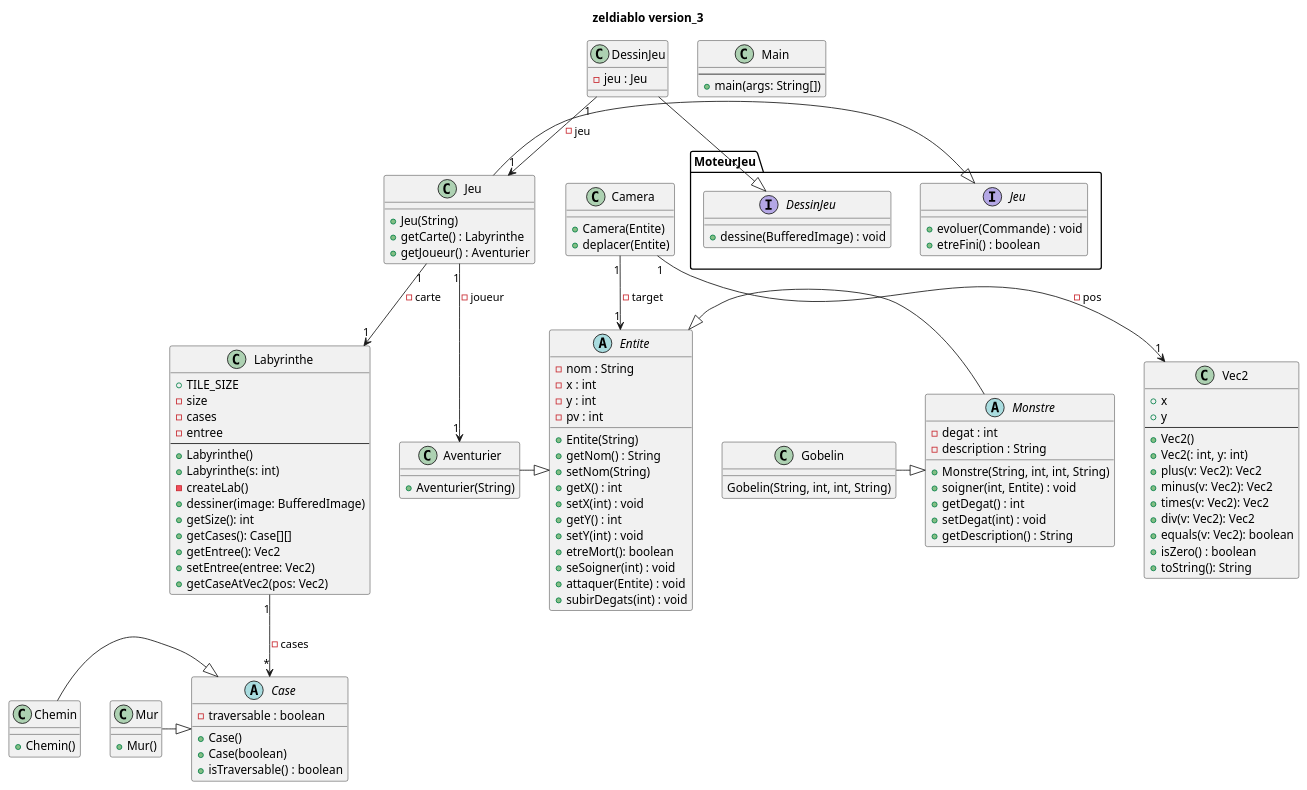
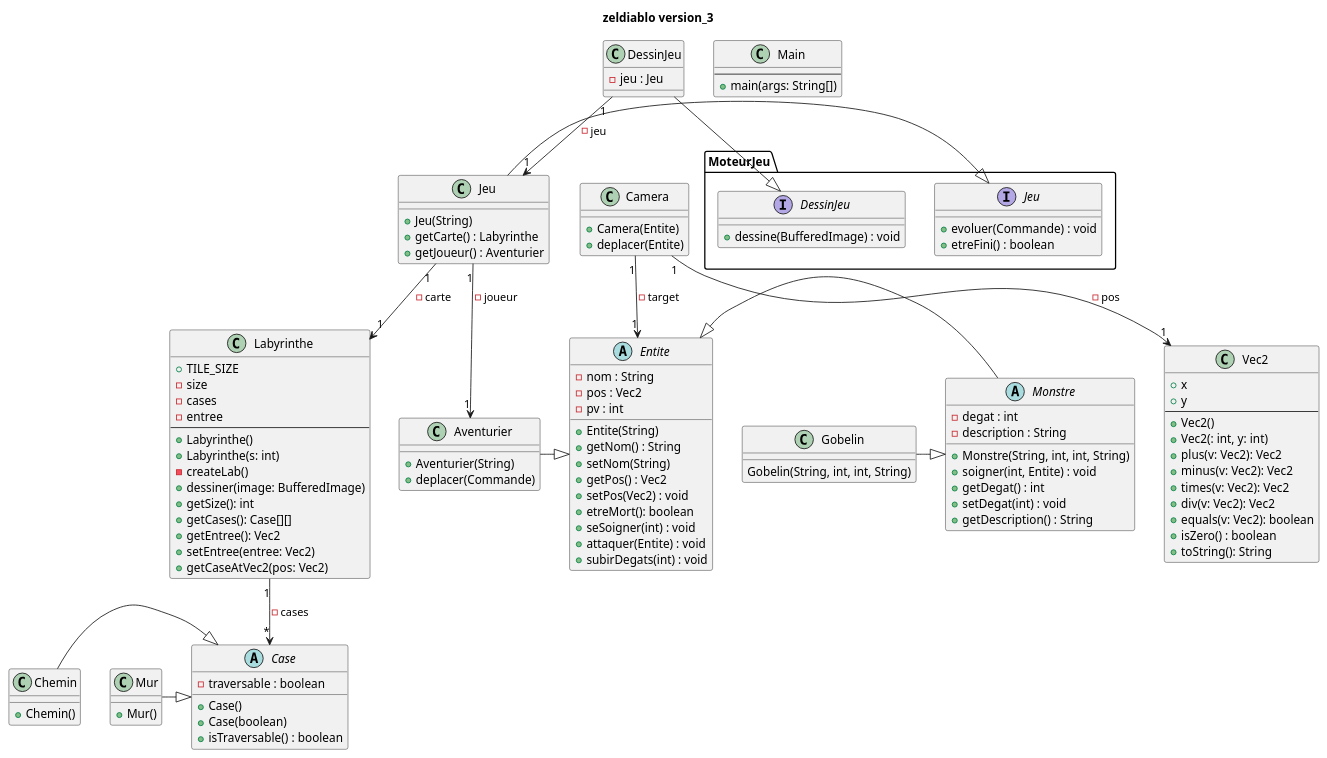
The diagram in documents/version_3/diagramme_classe_version_3.puml (toxicbloud/Zeldiablo), drawn with PlantUML before and after one commit.

```diff
--- a/documents/version_3/diagramme_classe_version_3.puml
+++ b/documents/version_3/diagramme_classe_version_3.puml
@@ -1,141 +1,139 @@
 @startuml
 title zeldiablo version_3
 
 class Jeu{
 
     + Jeu(String)
     + getCarte() : Labyrinthe
     + getJoueur() : Aventurier
 }
 
 abstract class Case{
     - traversable : boolean
     + Case()
     + Case(boolean)
     + isTraversable() : boolean
 }
 
 class Chemin{
 
     + Chemin()
 }
 
 class Mur{
 
     + Mur()
 }
 
 class Labyrinthe {
     + TILE_SIZE
     - size
     - cases
     - entree
     --
     + Labyrinthe()
     + Labyrinthe(s: int)
     - createLab()
     + dessiner(image: BufferedImage)
     + getSize(): int
     + getCases(): Case[][]
     + getEntree(): Vec2
     + setEntree(entree: Vec2)
     + getCaseAtVec2(pos: Vec2)
 }
 
 class Vec2 {
     + x
     + y
     --
     + Vec2()
     + Vec2(: int, y: int)
     + plus(v: Vec2): Vec2
     + minus(v: Vec2): Vec2
     + times(v: Vec2): Vec2
     + div(v: Vec2): Vec2
     + equals(v: Vec2): boolean
     + isZero() : boolean
     + toString(): String
 }
 
 
 
 abstract class Entite{
 
     - nom : String
-    - x : int
-    - y : int
+    - pos : Vec2
     - pv : int
 
     + Entite(String)
     + getNom() : String
     + setNom(String)
-    + getX() : int
-    + setX(int) : void
-    + getY() : int
-    + setY(int) : void
+    + getPos() : Vec2
+    + setPos(Vec2) : void
     + etreMort(): boolean
     + seSoigner(int) : void
     + attaquer(Entite) : void
     + subirDegats(int) : void
 
 }
 
 abstract Monstre{
     - degat : int
     - description : String
 
     + Monstre(String, int, int, String)
     + soigner(int, Entite) : void
     + getDegat() : int
     + setDegat(int) : void
     + getDescription() : String
 }
 
 class Gobelin{
 
     Gobelin(String, int, int, String)
 }
 
 class Aventurier{
     + Aventurier(String)
+    + deplacer(Commande)
 }
 
 class DessinJeu{
     - jeu : Jeu
 }
 
 class Main{
     --
     + main(args: String[])
 }
 
 interface MoteurJeu.DessinJeu{
     + dessine(BufferedImage) : void
 }
 
 interface MoteurJeu.Jeu{
     + evoluer(Commande) : void
     + etreFini() : boolean
 }
 
 
 class Camera {
     + Camera(Entite)
     + deplacer(Entite)
 }
 
 
 Labyrinthe "1" --> "*" Case : - cases
 Chemin -|> Case
 Mur -|> Case
 Jeu -|> MoteurJeu.Jeu
 DessinJeu -|> MoteurJeu.DessinJeu
 Aventurier -|> Entite
 Monstre -|> Entite
 Gobelin -|> Monstre
 Jeu "1" --> "1" Labyrinthe : - carte
 Jeu "1" --> "1" Aventurier : - joueur
 DessinJeu "1" --> "1" Jeu : - jeu
 Camera "1" --> "1" Entite : - target
 Camera "1" --> "1" Vec2 : - pos
 @enduml
```
